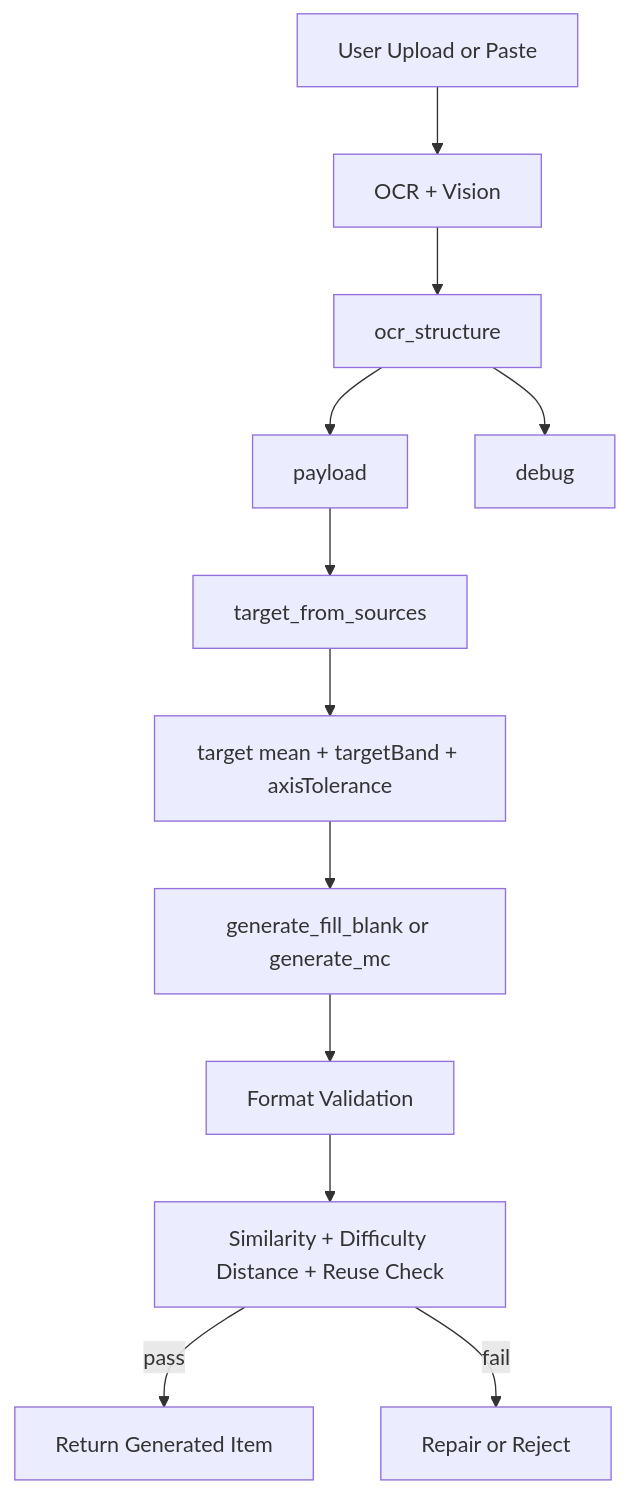
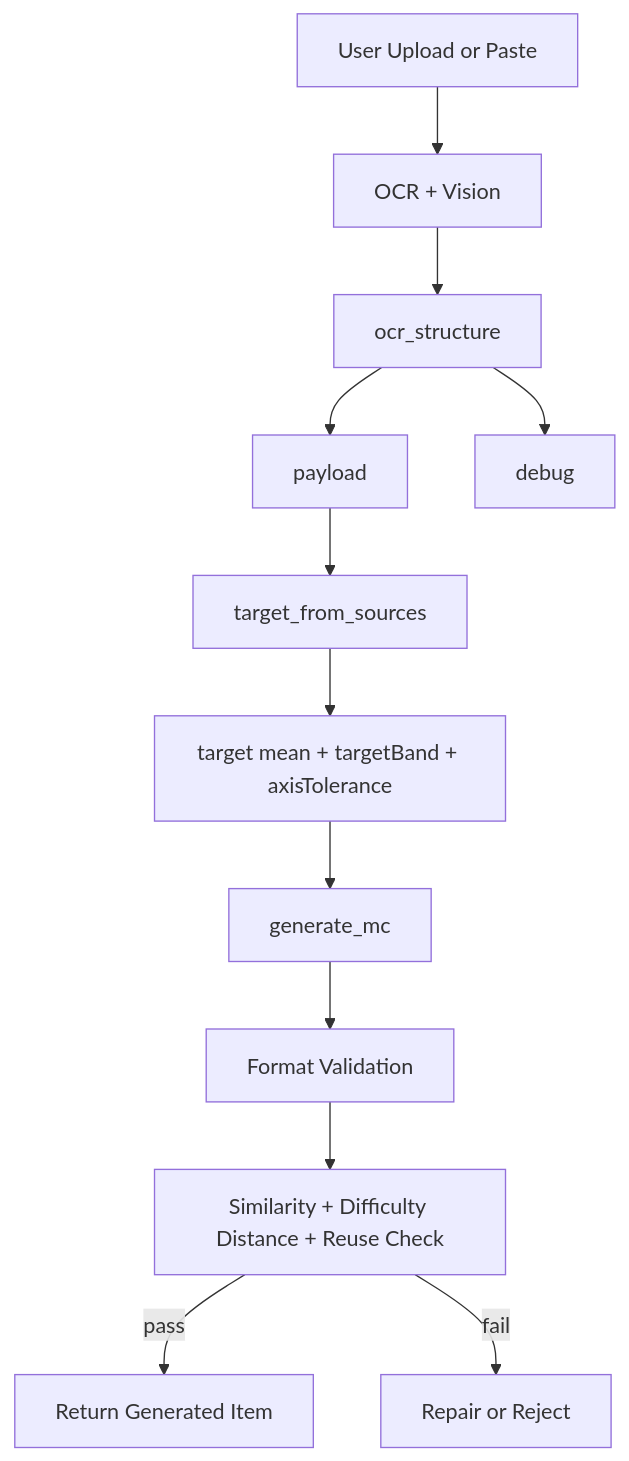
The diagram in README.md (MakikoOhashi/deterministic-ai-control-engine), drawn with Mermaid before and after one commit. The commit also changed other lines of this file and 3 other files, not shown here.

````diff
--- a/README.md
+++ b/README.md
@@ -58,14 +58,14 @@
 ```mermaid
 flowchart TD
   A["User Upload or Paste"] --> B["OCR + Vision"]
   B --> C["ocr_structure"]
   C --> C1["payload"]
   C --> C2["debug"]
   C1 --> D["target_from_sources"]
   D --> E["target mean + targetBand + axisTolerance"]
-  E --> F["generate_fill_blank or generate_mc"]
+  E --> F["generate_mc"]
   F --> G["Format Validation"]
   G --> H["Similarity + Difficulty Distance + Reuse Check"]
   H -->|pass| I["Return Generated Item"]
   H -->|fail| J["Repair or Reject"]
 ```
````
